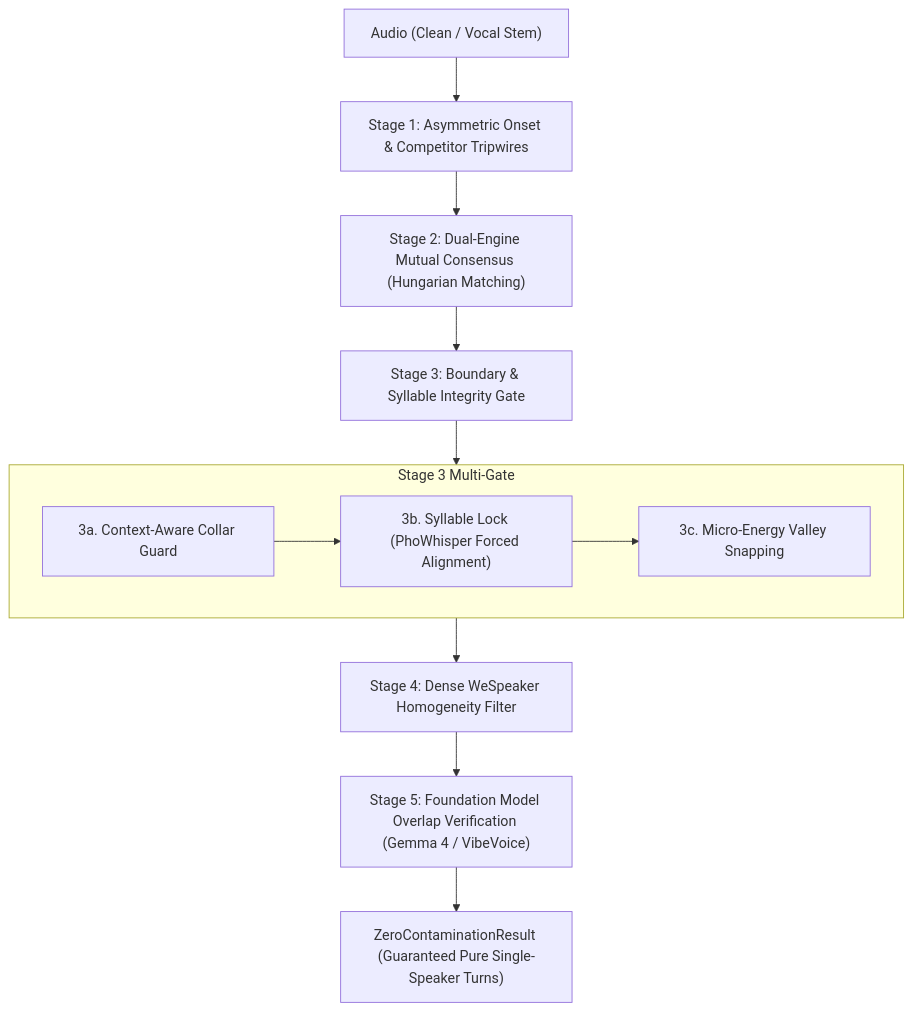
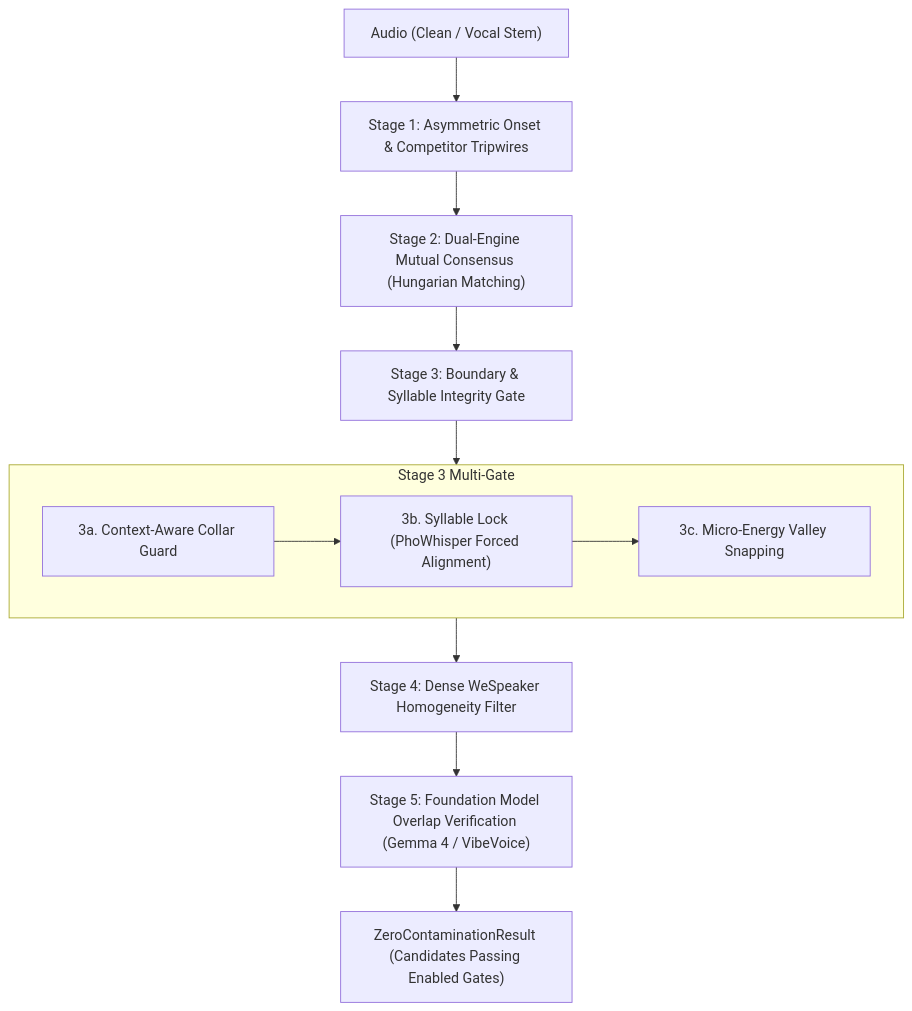
Before and after one commit to tungnguyenlam/audio-prepare-pipeline-redo: the diagram in docs/04_zero_contamination_diarization.md, drawn with Mermaid. The commit also changed other lines of this file and 5 other files, not shown here.

````diff
--- a/docs/04_zero_contamination_diarization.md
+++ b/docs/04_zero_contamination_diarization.md
@@ -9,18 +9,18 @@
 ```mermaid
 flowchart TD
     AUDIO["Audio (Clean / Vocal Stem)"] --> S1["Stage 1: Asymmetric Onset & Competitor Tripwires"]
     S1 --> S2["Stage 2: Dual-Engine Mutual Consensus (Hungarian Matching)"]
     S2 --> S3["Stage 3: Boundary & Syllable Integrity Gate"]
     
     subgraph S3_SUB["Stage 3 Multi-Gate"]
         S3A["3a. Context-Aware Collar Guard"]
         S3B["3b. Syllable Lock (PhoWhisper Forced Alignment)"]
         S3C["3c. Micro-Energy Valley Snapping"]
         S3A --> S3B --> S3C
     end
     
     S3 --> S3_SUB
     S3_SUB --> S4["Stage 4: Dense WeSpeaker Homogeneity Filter"]
     S4 --> S5["Stage 5: Foundation Model Overlap Verification (Gemma 4 / VibeVoice)"]
-    S5 --> OUTPUT["ZeroContaminationResult (Guaranteed Pure Single-Speaker Turns)"]
+    S5 --> OUTPUT["ZeroContaminationResult (Candidates Passing Enabled Gates)"]
 ```
````
